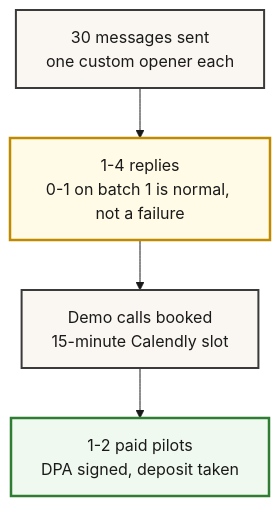
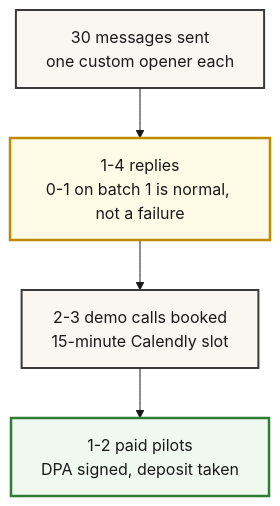
One commit to jetthoughts/jetthoughts.github.io changed the diagram in content/course/tech-for-non-technical-founders-2026/outbound-without-sales-team/index.md. Above: the diagram before and after it, drawn with Mermaid. The commit also changed other lines of this file and 2 other files, not shown here.

Commit message:
Course 5.7: fix the demo-call contradiction, number the funnel stage
The C3.3 agent left the exhibit's demo stage deliberately unnumbered
because the page contradicted itself - the header block promised '3-5 demo
calls booked' while the success check said '2-3'. Declining to pick a side
in artwork was the right call: an exhibit is the wrong instrument for
resolving a body inconsistency.

The header was the wrong one, and not just inconsistent - arithmetically
impossible at the top end, since the same page caps replies at 1-4 and you
cannot book 5 demos from 4 replies. Corrected to 2-3, matching the success
check and the reply range.

With the contradiction resolved the stage can carry its number, so the
fence and its accDescr now say '2-3 demo calls booked' and the pre-rendered
SVG was regenerated (hash changed, orphan deleted). A funnel numbered at
every stage but one reads as an omission.

````diff
--- a/content/course/tech-for-non-technical-founders-2026/outbound-without-sales-team/index.md
+++ b/content/course/tech-for-non-technical-founders-2026/outbound-without-sales-team/index.md
@@ -65,25 +65,25 @@
 ```mermaid
 %%{init: {'theme':'base', 'themeVariables': {'fontFamily':'Caveat, Patrick Hand, Comic Sans MS, cursive', 'primaryColor':'#fff5f5', 'primaryBorderColor':'#cc342d', 'lineColor':'#1a1a1a', 'primaryTextColor':'#1a1a1a'}}}%%
 flowchart TD
     accTitle: What one 30-message cold batch returns
     accDescr {
       A four-stage funnel. 30 messages sent, one custom opener each, narrow to
       1-4 replies - and 0-1 replies on batch 1 is normal, not a failure. The
-      replies narrow to demo calls booked on a 15-minute Calendly slot, and
+      replies narrow to 2-3 demo calls booked on a 15-minute Calendly slot, and
       those narrow to 1-2 paid pilots with a design partner agreement signed
       and a deposit taken.
     }
     Sent["30 messages sent<br/>one custom opener each"]
     Replies["1-4 replies<br/>0-1 on batch 1 is normal, not a failure"]
-    Demos["Demo calls booked<br/>15-minute Calendly slot"]
+    Demos["2-3 demo calls booked<br/>15-minute Calendly slot"]
     Pilots["1-2 paid pilots<br/>DPA signed, deposit taken"]
 
     Sent --> Replies --> Demos --> Pilots
 
     classDef step fill:#faf7f2,stroke:#3a3a3a,stroke-width:2px,color:#1a1a1a
     classDef warn fill:#fffbe6,stroke:#bf8a00,stroke-width:2.5px,color:#1a1a1a
     classDef money fill:#f0f9f0,stroke:#2e7d32,stroke-width:2.5px,color:#1a1a1a
     class Sent,Demos step
     class Replies warn
     class Pilots money
 ```
````
